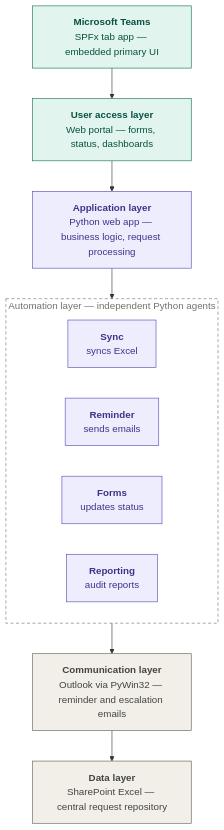
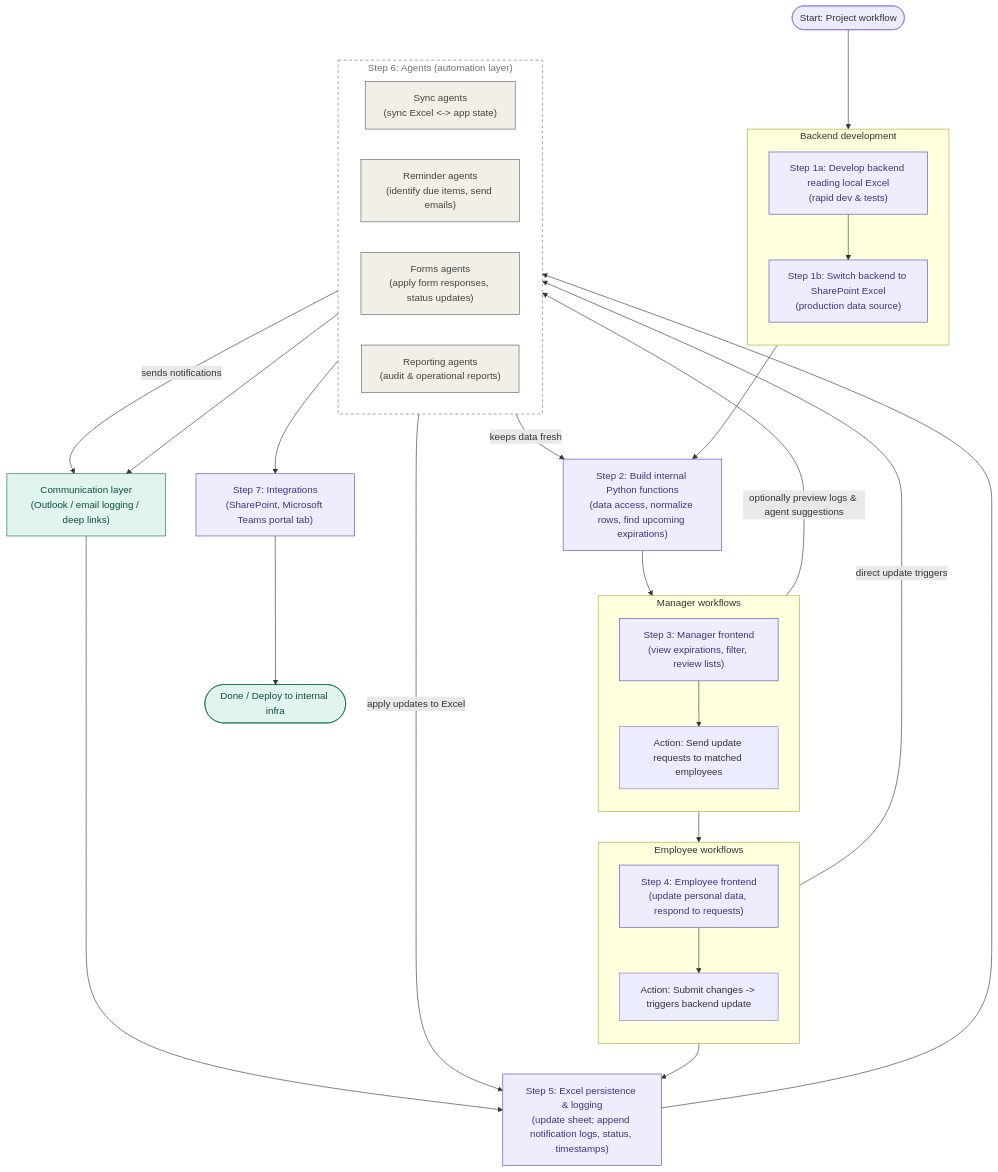
The diagram in ARCHITECTURE.md (chinmaydave/Pulse), drawn with Mermaid before and after one commit. The commit also changed other lines of this file, not shown here.

Commit message:
Revise architecture document to outline project workflow
Updated architecture document to reflect workflow changes and added detailed steps for backend development, manager workflows, and automation layers.

````diff
--- a/ARCHITECTURE.md
+++ b/ARCHITECTURE.md
@@ -13,29 +13,61 @@
 ```mermaid
 flowchart TD
-    Teams["<b>Microsoft Teams</b><br/>SPFx tab app — embedded primary UI"]
-    Portal["<b>User access layer</b><br/>Web portal — forms, status, dashboards"]
-    App["<b>Application layer</b><br/>Python web app — business logic, request processing"]
-
-    subgraph Automation["Automation layer — independent Python agents"]
-        direction LR
-        Sync["<b>Sync</b><br/>syncs Excel"]
-        Reminder["<b>Reminder</b><br/>sends emails"]
-        Forms["<b>Forms</b><br/>updates status"]
-        Reporting["<b>Reporting</b><br/>audit reports"]
+    %% Start / high-level flow
+    Start([Start: Project workflow])
+    
+    subgraph Backend["Backend development"]
+      direction TB
+      LocalExcel["Step 1a: Develop backend reading local Excel\n(rapid dev & tests)"]
+      SharePointExcel["Step 1b: Switch backend to SharePoint Excel\n(production data source)"]
     end
 
-    Comm["<b>Communication layer</b><br/>Outlook via PyWin32 — reminder and escalation emails"]
-    Data["<b>Data layer</b><br/>SharePoint Excel — central request repository"]
+    Core["Step 2: Build internal Python functions\n(data access, normalize rows, find upcoming expirations)"]
 
-    Teams --> Portal --> App --> Automation
-    Automation --> Comm --> Data
+    subgraph ManagerUI["Manager workflows"]
+      direction TB
+      ManagerFront["Step 3: Manager frontend\n(view expirations, filter, review lists)"]
+      TriggerRequests["Action: Send update requests to matched employees"]
+    end
 
-    classDef teal fill:#E1F5EE,stroke:#0F6E56,color:#085041;
-    classDef purple fill:#EEEDFE,stroke:#534AB7,color:#3C3489;
-    classDef gray fill:#F1EFE8,stroke:#5F5E5A,color:#444441;
+    subgraph EmployeeUI["Employee workflows"]
+      direction TB
+      EmployeeFront["Step 4: Employee frontend\n(update personal data, respond to requests)"]
+      SubmitUpdate["Action: Submit changes -> triggers backend update"]
+    end
 
-    class Teams,Portal teal;
-    class App,Sync,Reminder,Forms,Reporting purple;
-    class Comm,Data gray;
+    DataPersist["Step 5: Excel persistence & logging\n(update sheet; append notification logs, status, timestamps)"]
+
+    subgraph Automation["Step 6: Agents (automation layer)"]
+      direction LR
+      Sync["Sync agents\n(sync Excel <-> app state)"]
+      Reminder["Reminder agents\n(identify due items, send emails)"]
+      Forms["Forms agents\n(apply form responses, status updates)"]
+      Reporting["Reporting agents\n(audit & operational reports)"]
+    end
+
+    Comm["Communication layer\n(Outlook / email logging / deep links)"]
+    Integrations["Step 7: Integrations\n(SharePoint, Microsoft Teams portal tab)"]
+    End([Done / Deploy to internal infra])
+
+    %% Primary linear flow
+    Start --> LocalExcel --> SharePointExcel --> Core
+    Core --> ManagerFront --> TriggerRequests --> EmployeeFront --> SubmitUpdate --> DataPersist
+    DataPersist --> Automation
+    Automation --> Comm --> DataPersist
+    Automation --> Integrations --> End
+
+    %% Cross links
+    ManagerFront -- "optionally preview logs & agent suggestions" --> Reporting
+    Reminder -- "sends notifications" --> Comm
+    Sync -- "keeps data fresh" --> Core
+    EmployeeFront -- "direct update triggers" --> Forms
+    Forms -- "apply updates to Excel" --> DataPersist
+
+    classDef step fill:#EEEDFE,stroke:#534AB7,color:#3C3489;
+    classDef io fill:#E1F5EE,stroke:#0F6E56,color:#085041;
+    classDef infra fill:#F1EFE8,stroke:#5F5E5A,color:#444441;
+    class LocalExcel,SharePointExcel,Core,ManagerFront,EmployeeFront,DataPersist,Automation,Integrations step;
+    class Comm,End io;
+    class Sync,Reminder,Forms,Reporting infra;
     style Automation fill:none,stroke:#73726c,stroke-dasharray:5 4,color:#73726c;
 ```
````
